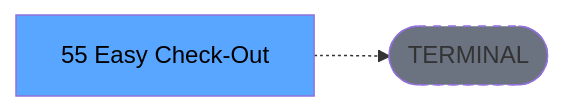
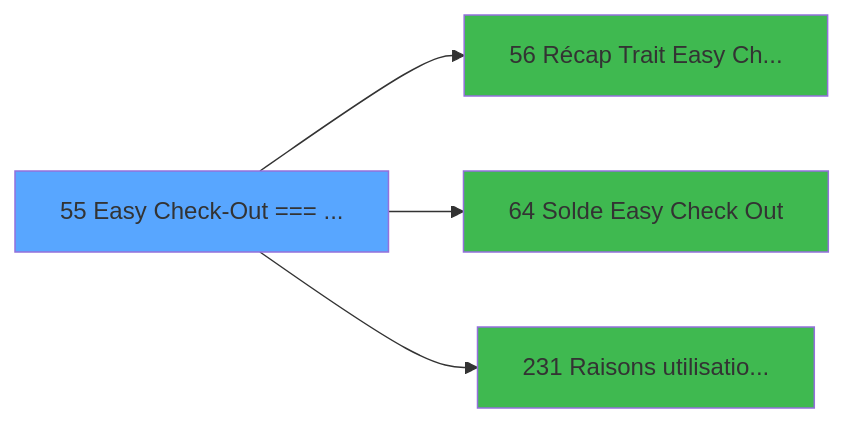
Before and after one commit to thonyAGP/magic-migration: the third of 3 diagrams in .openspec/specs/ADH-IDE-55.md, drawn with Mermaid. The commit also changed other lines of this file and 493 other files, not shown here.

````diff
--- a/.openspec/specs/ADH-IDE-55.md
+++ b/.openspec/specs/ADH-IDE-55.md
@@ -138,8 +230,14 @@
 ```mermaid
 graph LR
-    T[55 Easy Check-Out ]
-    TERM([TERMINAL])
-    T -.-> TERM
-    style TERM fill:#6b7280,stroke-dasharray: 5 5
-    style T fill:#58a6ff,color:#000
+    T55[55 Easy Check-Out === ...]
+    style T55 fill:#58a6ff
+    C56[56 Récap Trait Easy Ch...]
+    T55 --> C56
+    style C56 fill:#3fb950
+    C64[64 Solde Easy Check Out]
+    T55 --> C64
+    style C64 fill:#3fb950
+    C231[231 Raisons utilisatio...]
+    T55 --> C231
+    style C231 fill:#3fb950
 ```
````
